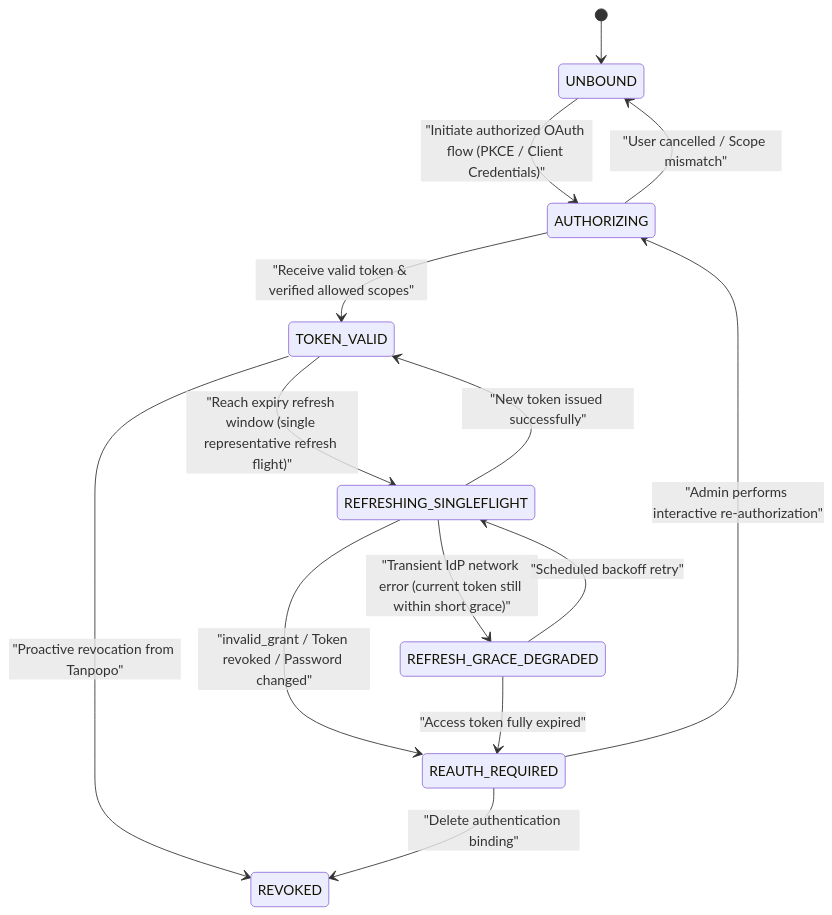
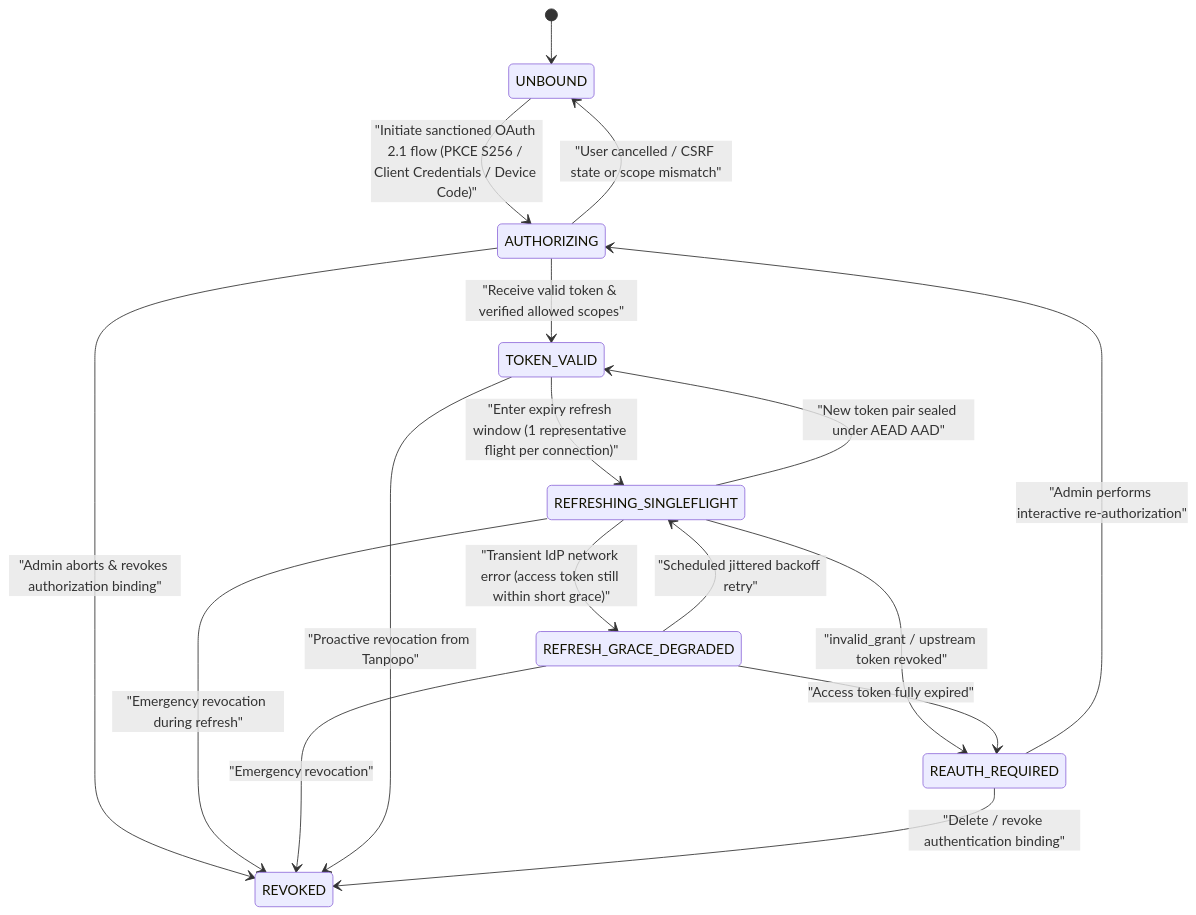
Before and after one commit to nguywnben/tanpopo: the fourth of 10 diagrams in docs/requirements/business-entity-map.md, drawn with Mermaid. The commit also changed other lines of this file and 70 other files, not shown here.

````diff
--- a/docs/requirements/business-entity-map.md
+++ b/docs/requirements/business-entity-map.md
@@ -148,16 +192,19 @@
 ```mermaid
 stateDiagram-v2
     [*] --> UNBOUND
-    UNBOUND --> AUTHORIZING : "Initiate authorized OAuth flow (PKCE / Client Credentials)"
+    UNBOUND --> AUTHORIZING : "Initiate sanctioned OAuth 2.1 flow (PKCE S256 / Client Credentials / Device Code)"
     AUTHORIZING --> TOKEN_VALID : "Receive valid token & verified allowed scopes"
-    AUTHORIZING --> UNBOUND : "User cancelled / Scope mismatch"
-    TOKEN_VALID --> REFRESHING_SINGLEFLIGHT : "Reach expiry refresh window (single representative refresh flight)"
-    REFRESHING_SINGLEFLIGHT --> TOKEN_VALID : "New token issued successfully"
-    REFRESHING_SINGLEFLIGHT --> REFRESH_GRACE_DEGRADED : "Transient IdP network error (current token still within short grace)"
-    REFRESH_GRACE_DEGRADED --> REFRESHING_SINGLEFLIGHT : "Scheduled backoff retry"
-    REFRESHING_SINGLEFLIGHT --> REAUTH_REQUIRED : "invalid_grant / Token revoked / Password changed"
+    AUTHORIZING --> UNBOUND : "User cancelled / CSRF state or scope mismatch"
+    AUTHORIZING --> REVOKED : "Admin aborts & revokes authorization binding"
+    TOKEN_VALID --> REFRESHING_SINGLEFLIGHT : "Enter expiry refresh window (1 representative flight per connection)"
+    REFRESHING_SINGLEFLIGHT --> TOKEN_VALID : "New token pair sealed under AEAD AAD"
+    REFRESHING_SINGLEFLIGHT --> REFRESH_GRACE_DEGRADED : "Transient IdP network error (access token still within short grace)"
+    REFRESHING_SINGLEFLIGHT --> REAUTH_REQUIRED : "invalid_grant / upstream token revoked"
+    REFRESHING_SINGLEFLIGHT --> REVOKED : "Emergency revocation during refresh"
+    REFRESH_GRACE_DEGRADED --> REFRESHING_SINGLEFLIGHT : "Scheduled jittered backoff retry"
     REFRESH_GRACE_DEGRADED --> REAUTH_REQUIRED : "Access token fully expired"
+    REFRESH_GRACE_DEGRADED --> REVOKED : "Emergency revocation"
     REAUTH_REQUIRED --> AUTHORIZING : "Admin performs interactive re-authorization"
     TOKEN_VALID --> REVOKED : "Proactive revocation from Tanpopo"
-    REAUTH_REQUIRED --> REVOKED : "Delete authentication binding"
+    REAUTH_REQUIRED --> REVOKED : "Delete / revoke authentication binding"
 ```
````
